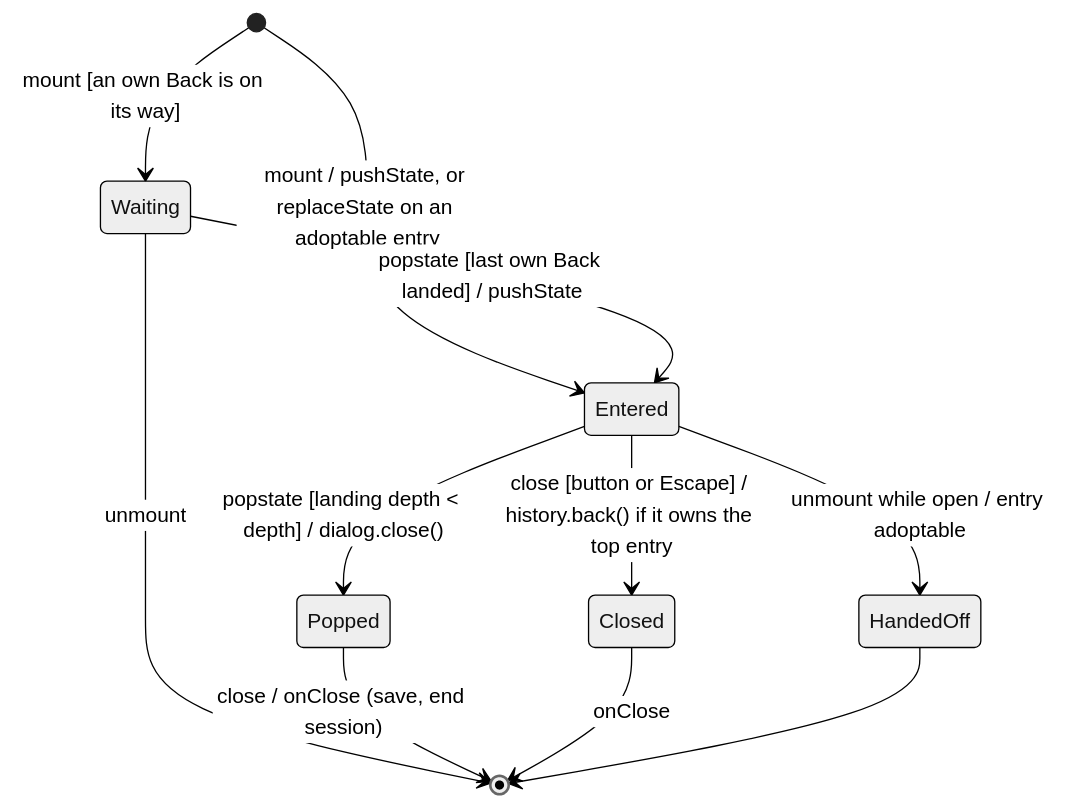
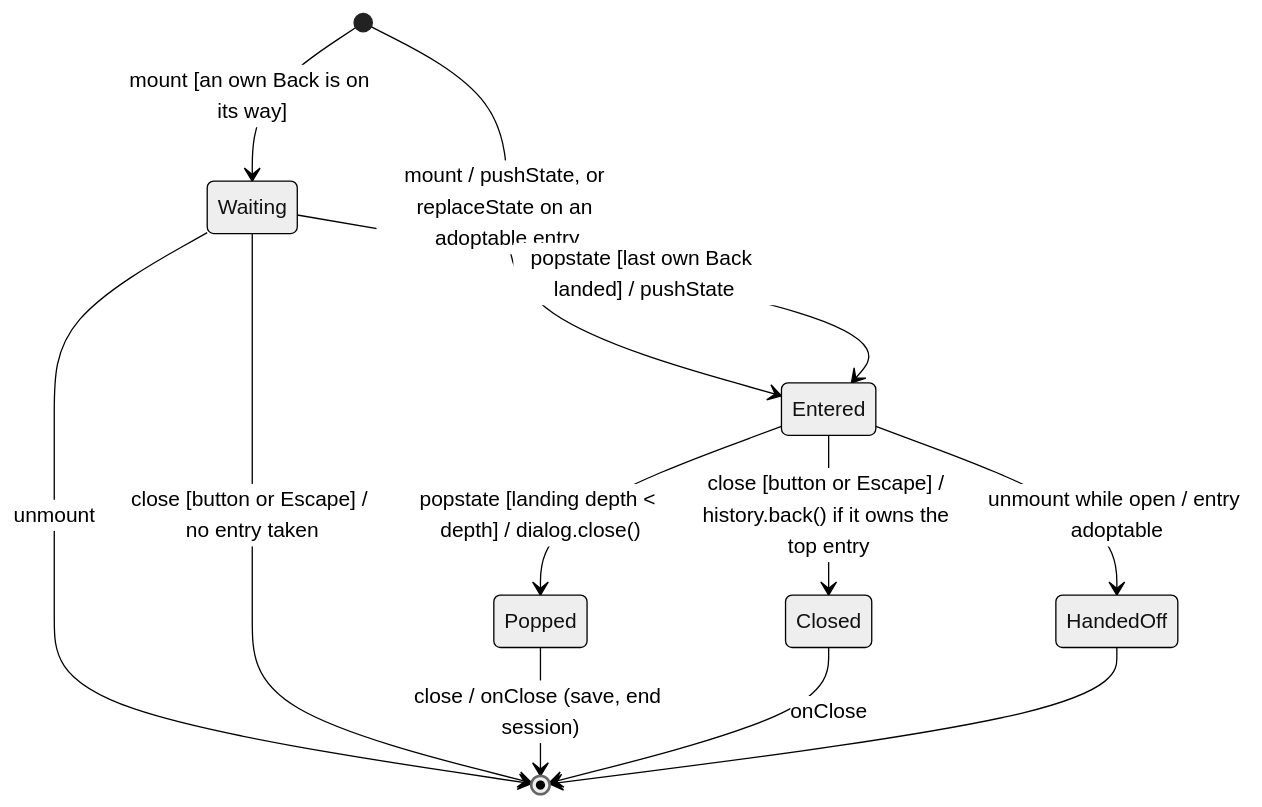
One commit to benoit-bremaud/popcorntv changed the diagram in docs/architecture/diagrams/catalog/07-state-history-layer.md. Above: the diagram before and after it, drawn with Mermaid (neutral theme). The commit also changed other lines of this file and 3 other files, not shown here.

````diff
--- a/docs/architecture/diagrams/catalog/07-state-history-layer.md
+++ b/docs/architecture/diagrams/catalog/07-state-history-layer.md
@@ -11,13 +11,14 @@
 ```mermaid
 stateDiagram-v2
   [*] --> Waiting: mount [an own Back is on its way]
   [*] --> Entered: mount / pushState, or replaceState on an adoptable entry
   Waiting --> Entered: popstate [last own Back landed] / pushState
   Waiting --> [*]: unmount
+  Waiting --> [*]: close [button or Escape] / no entry taken
   Entered --> Popped: popstate [landing depth < depth] / dialog.close()
   Entered --> Closed: close [button or Escape] / history.back() if it owns the top entry
   Entered --> HandedOff: unmount while open / entry adoptable
   Popped --> [*]: close / onClose (save, end session)
   Closed --> [*]: onClose
   HandedOff --> [*]
 ```
````
